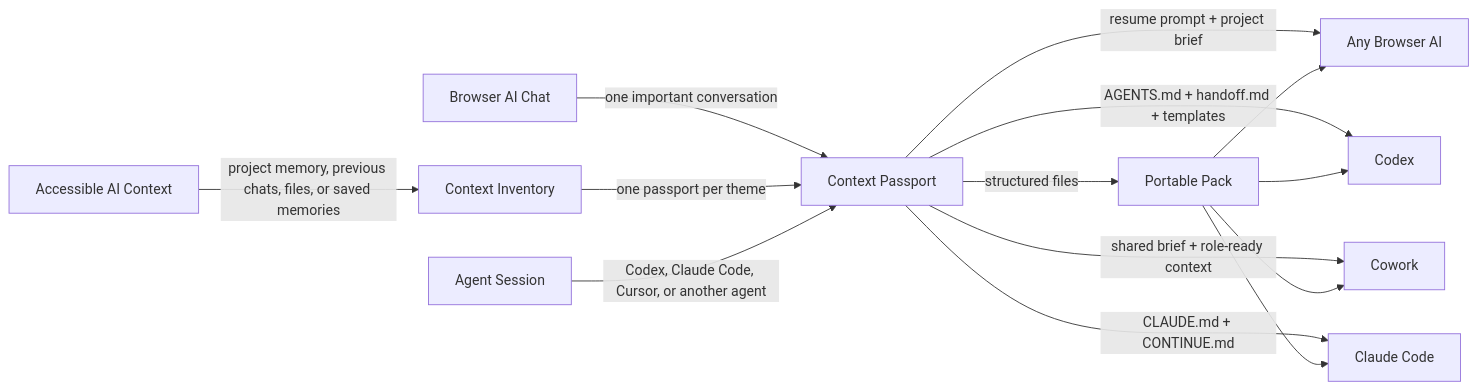
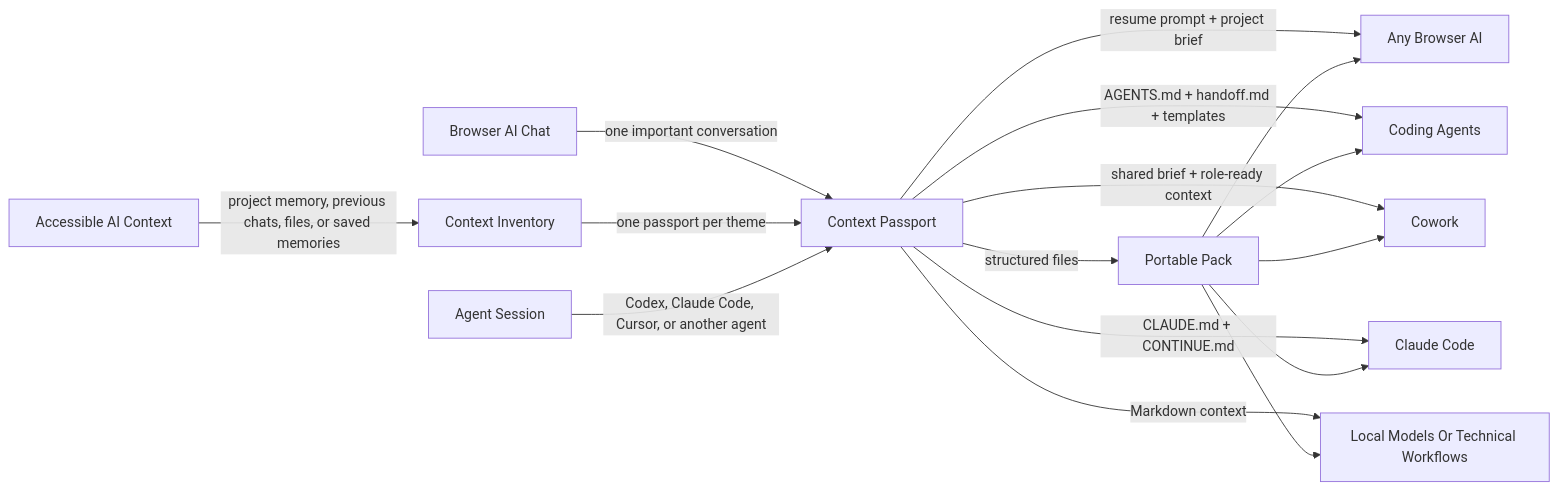
The diagram in README.md (macio-arruda/context-passport), drawn with Mermaid before and after one commit. The commit also changed other lines of this file, not shown here.

Commit message:
Clarify context flow diagram

````diff
--- a/README.md
+++ b/README.md
@@ -19,18 +19,20 @@
 ```mermaid
 flowchart LR
     A["Browser AI Chat"] -->|"one important conversation"| B["Context Passport"]
     I["Accessible AI Context"] -->|"project memory, previous chats, files, or saved memories"| J["Context Inventory"]
     J -->|"one passport per theme"| B
     G["Agent Session"] -->|"Codex, Claude Code, Cursor, or another agent"| B
 
     B -->|"resume prompt + project brief"| C["Any Browser AI"]
-    B -->|"AGENTS.md + handoff.md + templates"| D["Codex"]
+    B -->|"AGENTS.md + handoff.md + templates"| D["Coding Agents"]
     B -->|"shared brief + role-ready context"| E["Cowork"]
     B -->|"CLAUDE.md + CONTINUE.md"| H["Claude Code"]
+    B -->|"Markdown context"| K["Local Models Or Technical Workflows"]
 
     B -->|"structured files"| F["Portable Pack"]
     F --> C
     F --> D
     F --> E
     F --> H
+    F --> K
 ```
````
